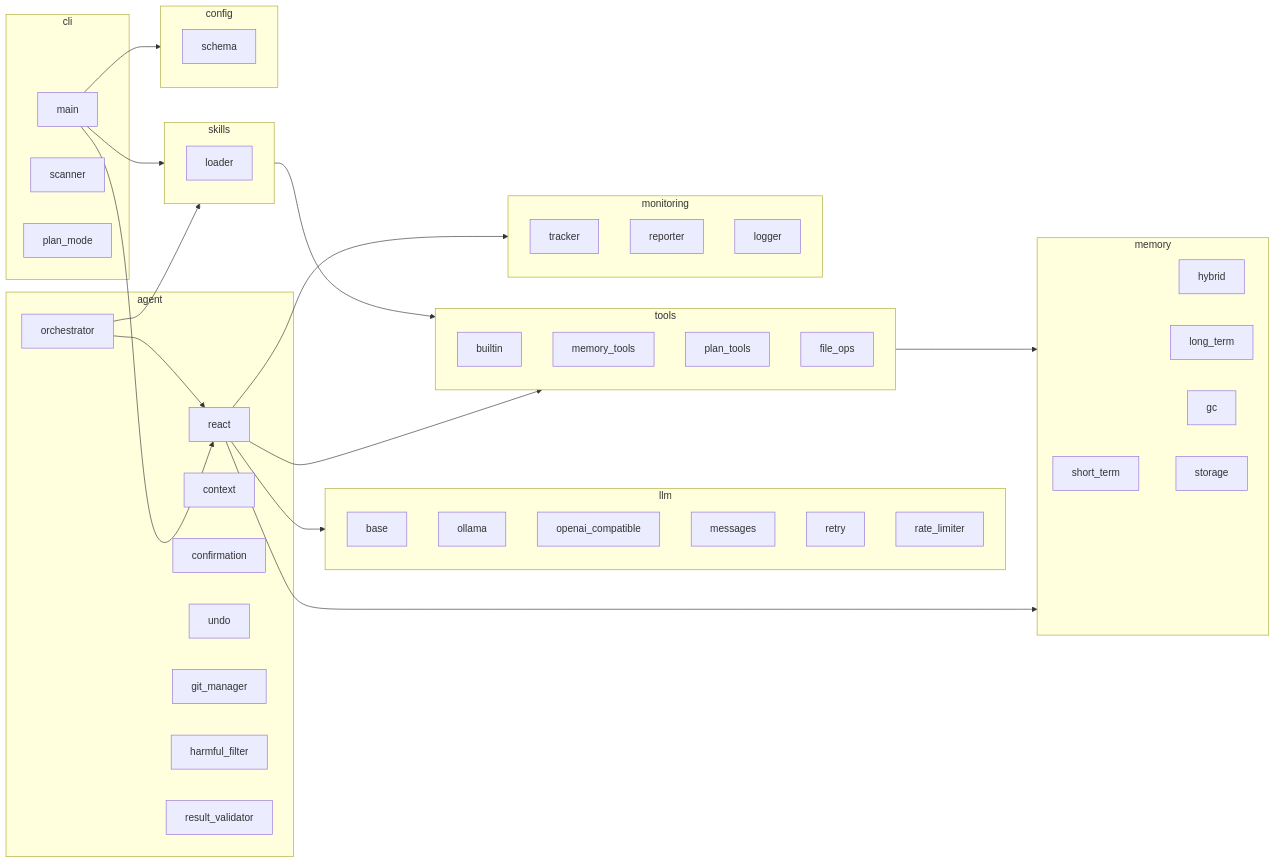
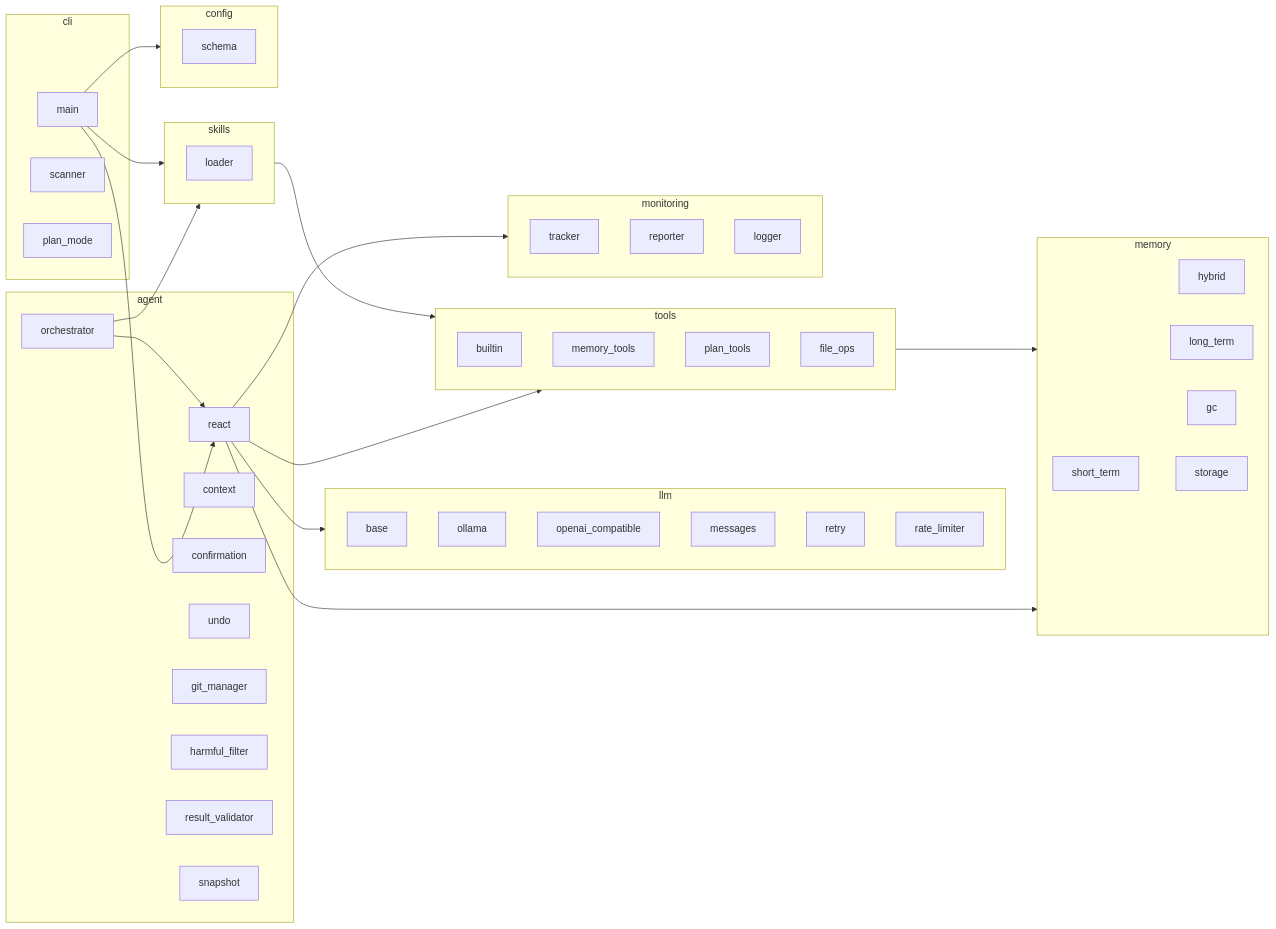
Before and after one commit to Tobytywang/NanoAgent: the fourth of 4 diagrams in docs/architecture.md, drawn with Mermaid. The commit also changed other lines of this file and 17 other files, not shown here.

````diff
--- a/docs/architecture.md
+++ b/docs/architecture.md
@@ -314,78 +356,79 @@
 ```mermaid
 graph LR
     subgraph cli[cli]
         main
         scanner
         plan_mode
     end
 
     subgraph agent[agent]
         react
         orchestrator
         context
         confirmation
         undo
         git_manager
         harmful_filter
         result_validator
+        snapshot
     end
 
     subgraph llm[llm]
         base
         ollama
         openai_compatible
         messages
         retry
         rate_limiter
     end
 
     subgraph memory[memory]
         short_term
         hybrid
         long_term
         gc
         storage
     end
 
     subgraph tools[tools]
         base
         builtin
         memory_tools
         plan_tools
         file_ops
     end
 
     subgraph skills[skills]
         base
         loader
     end
 
     subgraph config[config]
         schema
         loader
     end
 
     subgraph monitoring[monitoring]
         tracker
         reporter
         logger
     end
 
     main --> react
     main --> config
     main --> skills
 
     react --> llm
     react --> memory
     react --> tools
     react --> monitoring
 
     orchestrator --> react
     orchestrator --> skills
 
     memory --> storage
 
     tools --> memory
 
     skills --> tools
 ```
````
